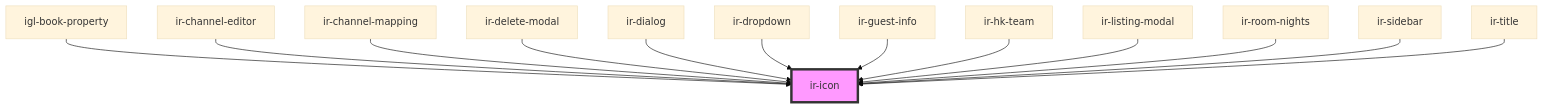
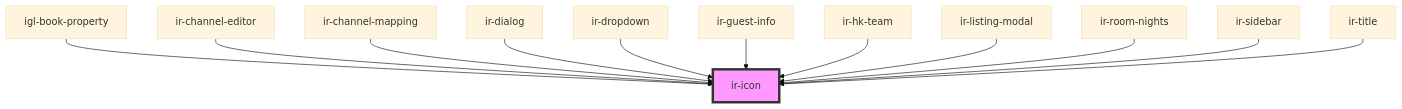
The diagram in src/components/ui/ir-icon/readme.md (David1Chowaifaty/modified-ir-webcmp), drawn with Mermaid (base theme) before and after one commit. The commit also changed other lines of this file and 8 other files, not shown here.

````diff
--- a/src/components/ui/ir-icon/readme.md
+++ b/src/components/ui/ir-icon/readme.md
@@ -40,16 +39,15 @@
 ```mermaid
 graph TD;
   igl-book-property --> ir-icon
   ir-channel-editor --> ir-icon
   ir-channel-mapping --> ir-icon
-  ir-delete-modal --> ir-icon
   ir-dialog --> ir-icon
   ir-dropdown --> ir-icon
   ir-guest-info --> ir-icon
   ir-hk-team --> ir-icon
   ir-listing-modal --> ir-icon
   ir-room-nights --> ir-icon
   ir-sidebar --> ir-icon
   ir-title --> ir-icon
   style ir-icon fill:#f9f,stroke:#333,stroke-width:4px
 ```
````
